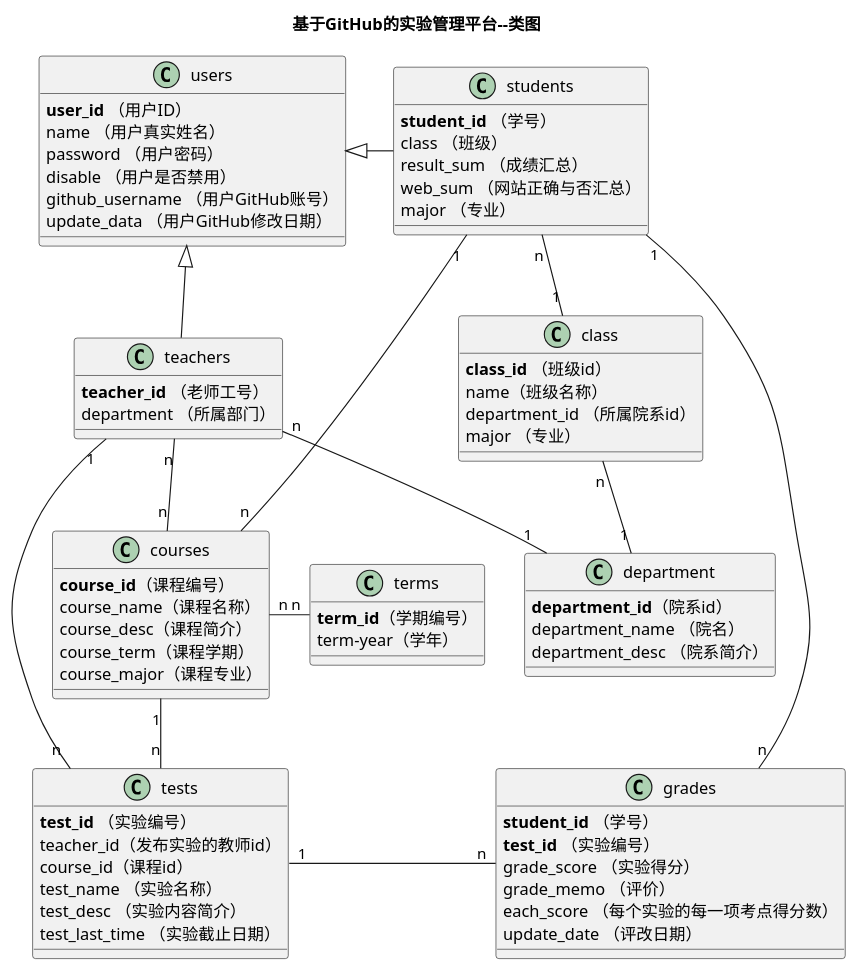
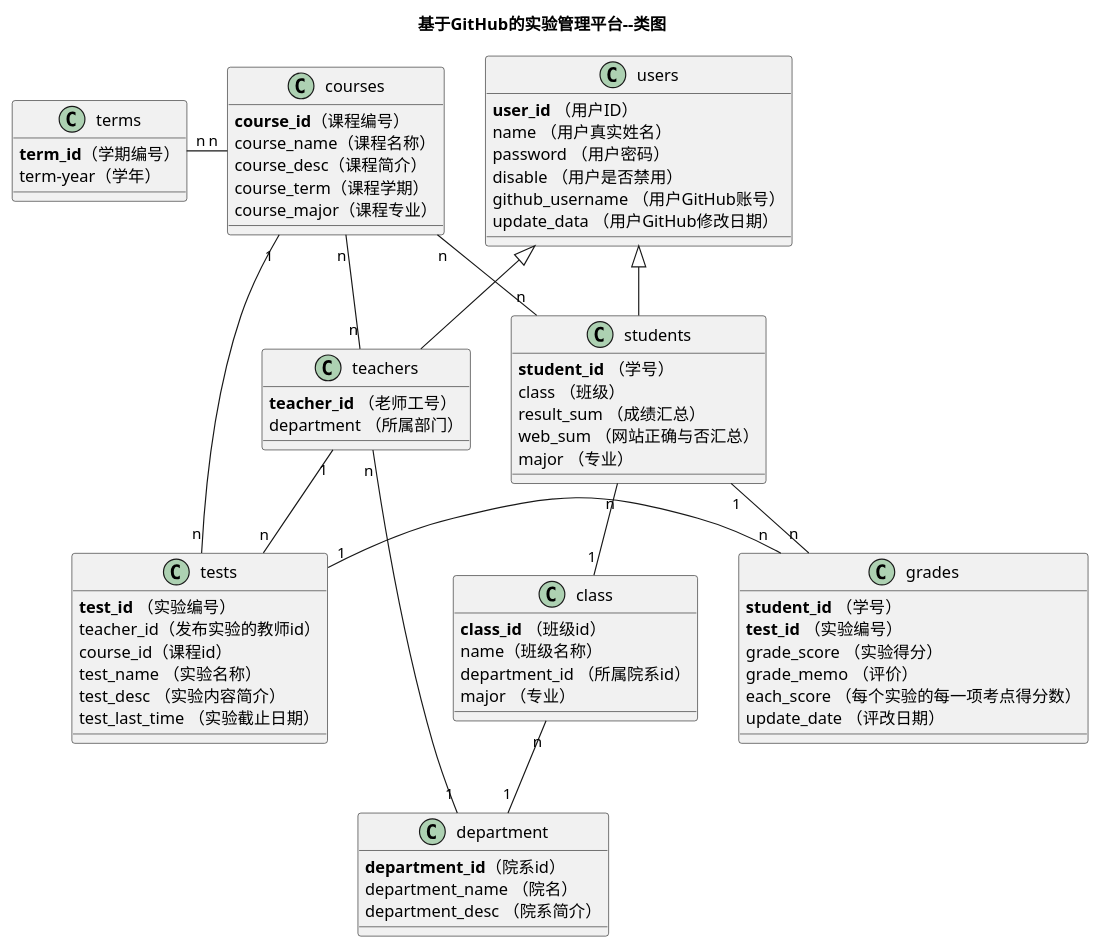
The diagram in test6/src/class.puml (zhangji123456/is_analysis), drawn with PlantUML before and after one commit.

```diff
--- a/test6/src/class.puml
+++ b/test6/src/class.puml
@@ -3,72 +3,73 @@
 @startuml
 title 基于GitHub的实验管理平台--类图
  class users {
     <b>user_id</b> （用户ID）
     name （用户真实姓名）
     password （用户密码）
     disable （用户是否禁用）
     github_username （用户GitHub账号）
     update_data （用户GitHub修改日期）
 }
 class teachers{
     <b>teacher_id</b> （老师工号）
     department （所属部门）
 }
 class students{
     <b>student_id</b> （学号）
     class （班级）
     result_sum （成绩汇总）
     web_sum （网站正确与否汇总）
     major （专业）
 }
 class class{
     <b>class_id</b> （班级id）
     name（班级名称）
     department_id （所属院系id）
     major （专业）
 }
 class department{
     <b>department_id</b>（院系id）
     department_name （院名）
     department_desc （院系简介）
 }
 class courses{
     <b>course_id</b>（课程编号）
     course_name（课程名称）
     course_desc（课程简介）
     course_term（课程学期）
     course_major（课程专业）
 }
 class terms{
     <b>term_id</b>（学期编号）
     term-year（学年）
 }
 class tests {
     <b>test_id</b> （实验编号）
     teacher_id（发布实验的教师id）
     course_id（课程id）
     test_name （实验名称）
     test_desc （实验内容简介）
     test_last_time （实验截止日期）
 }
 class grades {
     <b>student_id</b> （学号）
     <b>test_id</b> （实验编号）
     grade_score （实验得分）
     grade_memo （评价）
     each_score （每个实验的每一项考点得分数）
     update_date （评改日期）
 }
 users <|- students
 users <|-- teachers
+courses "n" -- "n" students
 students "n" -- "1"  class
+students "1" -- "n"  grades
+courses"n" -- "n"  teachers
+teachers "1" -- "n"  tests
 teachers "n" -- "1"  department
 class "n" -- "1" department
-students "1" -- "n"  courses
-teachers "n" -- "n"  courses
-teachers "1" -- "n"  tests
 courses  "1" -- "n"  tests
-courses "n" - "n"  terms
-students "1" -- "n"  grades
+terms "n" - "n"  courses
 tests "1" - "n"  grades
+
 @enduml
```
